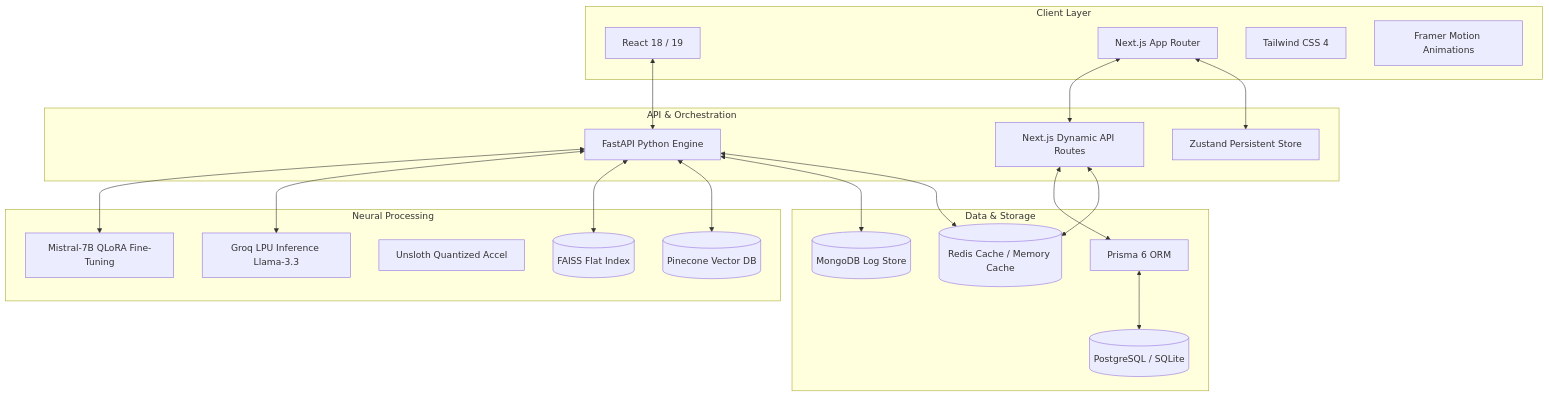
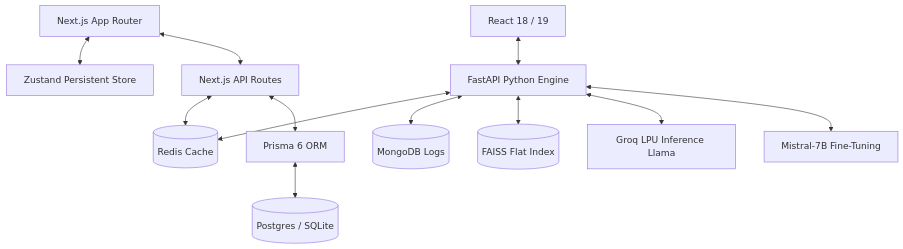
Before and after one commit to yakoob-md/yakoob-md: the diagram in README.md, drawn with Mermaid. The commit also changed other lines of this file and 1 other file, not shown here.

````diff
--- a/README.md
+++ b/README.md
@@ -128,46 +117,16 @@
 ```mermaid
 graph TD
-    subgraph Client Layer
-        React[React 18 / 19]
-        NextJS[Next.js App Router]
-        Tailwind[Tailwind CSS 4]
-        Framer[Framer Motion Animations]
-    end
-
-    subgraph API & Orchestration
-        FastAPI[FastAPI Python Engine]
-        NextAPI[Next.js Dynamic API Routes]
-        Zustand[Zustand Persistent Store]
-    end
-
-    subgraph Data & Storage
-        Prisma[Prisma 6 ORM]
-        Postgres[(PostgreSQL / SQLite)]
-        Redis[(Redis Cache / Memory Cache)]
-        MongoDB[(MongoDB Log Store)]
-    end
-
-    subgraph Neural Processing
-        Groq[Groq LPU Inference Llama-3.3]
-        Mistral[Mistral-7B QLoRA Fine-Tuning]
-        Unsloth[Unsloth Quantized Accel]
-        Pinecone[(Pinecone Vector DB)]
-        FAISS[(FAISS Flat Index)]
-    end
-
-    %% Flow lines
-    NextJS <--> Zustand
-    React <--> FastAPI
-    NextJS <--> NextAPI
+    NextJS[Next.js App Router] <--> Zustand[Zustand Persistent Store]
+    React[React 18 / 19] <--> FastAPI[FastAPI Python Engine]
+    NextJS <--> NextAPI[Next.js API Routes]
     
-    FastAPI <--> Redis
+    FastAPI <--> Redis[(Redis Cache)]
     NextAPI <--> Redis
-    NextAPI <--> Prisma
-    Prisma <--> Postgres
-    FastAPI <--> MongoDB
+    NextAPI <--> Prisma[Prisma 6 ORM]
+    Prisma <--> Postgres[(Postgres / SQLite)]
+    FastAPI <--> MongoDB[(MongoDB Logs)]
     
-    FastAPI <--> Pinecone
-    FastAPI <--> FAISS
-    FastAPI <--> Groq
-    FastAPI <--> Mistral
+    FastAPI <--> FAISS[(FAISS Flat Index)]
+    FastAPI <--> Groq[Groq LPU Inference Llama]
+    FastAPI <--> Mistral[Mistral-7B Fine-Tuning]
 ```
````
